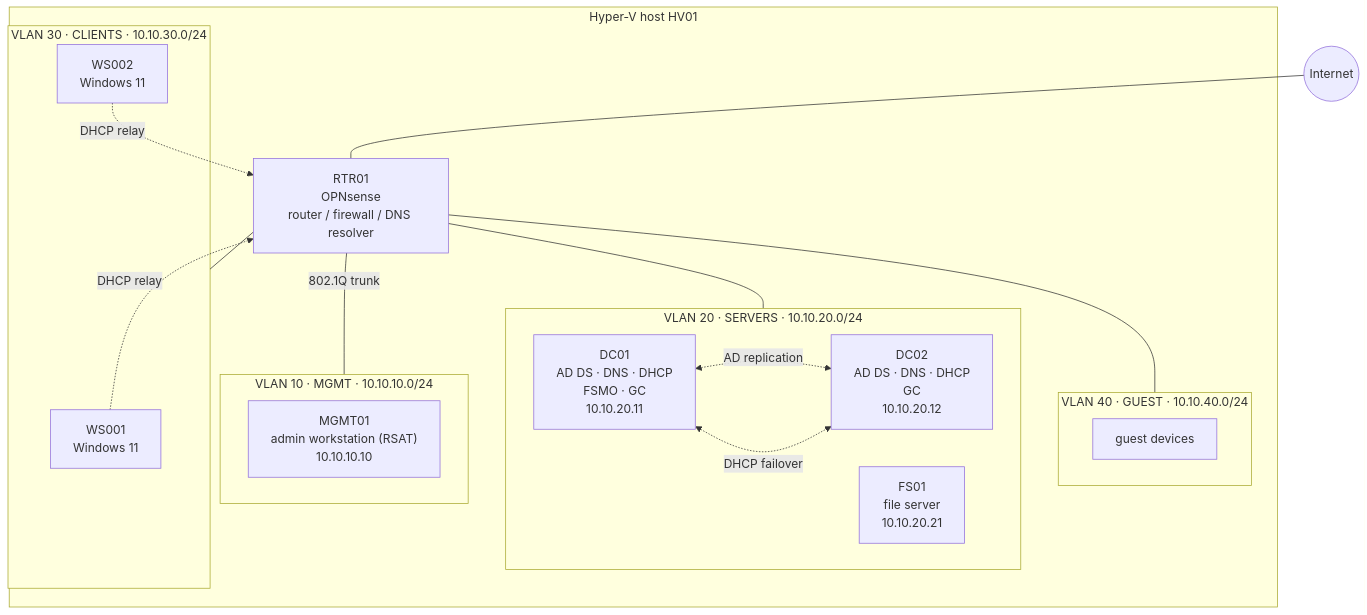
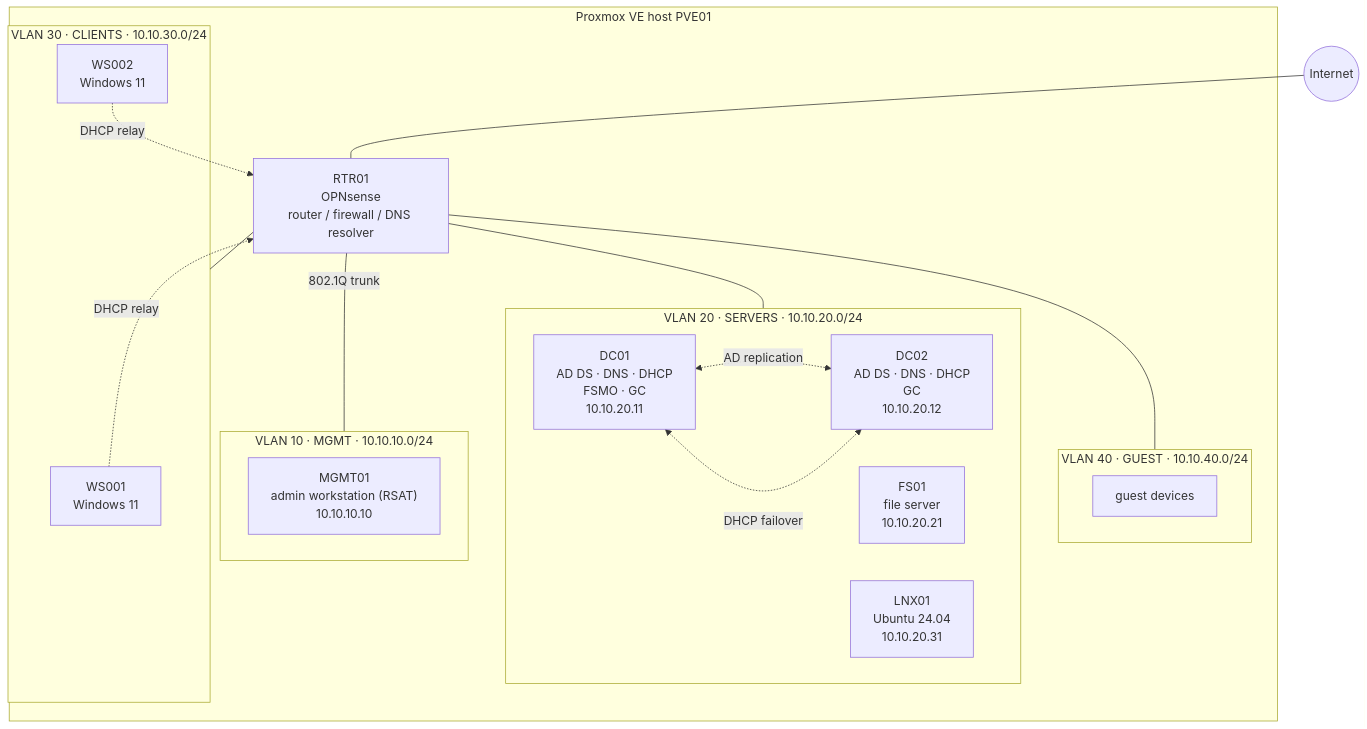
Before and after one commit to ATarasovHub/nrw-corp-lab: the diagram in docs/01-architecture.md, drawn with Mermaid. The commit also changed other lines of this file and 27 other files, not shown here.

````diff
--- a/docs/01-architecture.md
+++ b/docs/01-architecture.md
@@ -31,38 +31,39 @@
 ```mermaid
 flowchart TB
     internet((Internet))
 
-    subgraph host["Hyper-V host HV01"]
+    subgraph host["Proxmox VE host PVE01"]
         rtr["RTR01<br/>OPNsense<br/>router / firewall / DNS resolver"]
 
         subgraph v10["VLAN 10 · MGMT · 10.10.10.0/24"]
             mgmt01["MGMT01<br/>admin workstation (RSAT)<br/>10.10.10.10"]
         end
 
         subgraph v20["VLAN 20 · SERVERS · 10.10.20.0/24"]
             dc01["DC01<br/>AD DS · DNS · DHCP<br/>FSMO · GC<br/>10.10.20.11"]
             dc02["DC02<br/>AD DS · DNS · DHCP<br/>GC<br/>10.10.20.12"]
             fs01["FS01<br/>file server<br/>10.10.20.21"]
+            lnx01["LNX01<br/>Ubuntu 24.04<br/>10.10.20.31"]
         end
 
         subgraph v30["VLAN 30 · CLIENTS · 10.10.30.0/24"]
             ws001["WS001<br/>Windows 11"]
             ws002["WS002<br/>Windows 11"]
         end
 
         subgraph v40["VLAN 40 · GUEST · 10.10.40.0/24"]
             guest["guest devices"]
         end
     end
 
     internet --- rtr
     rtr -- "802.1Q trunk" --- v10
     rtr --- v20
     rtr --- v30
     rtr --- v40
 
     dc01 <-. "AD replication" .-> dc02
     dc01 <-. "DHCP failover" .-> dc02
     ws001 -. "DHCP relay" .-> rtr
     ws002 -. "DHCP relay" .-> rtr
 ```
````
